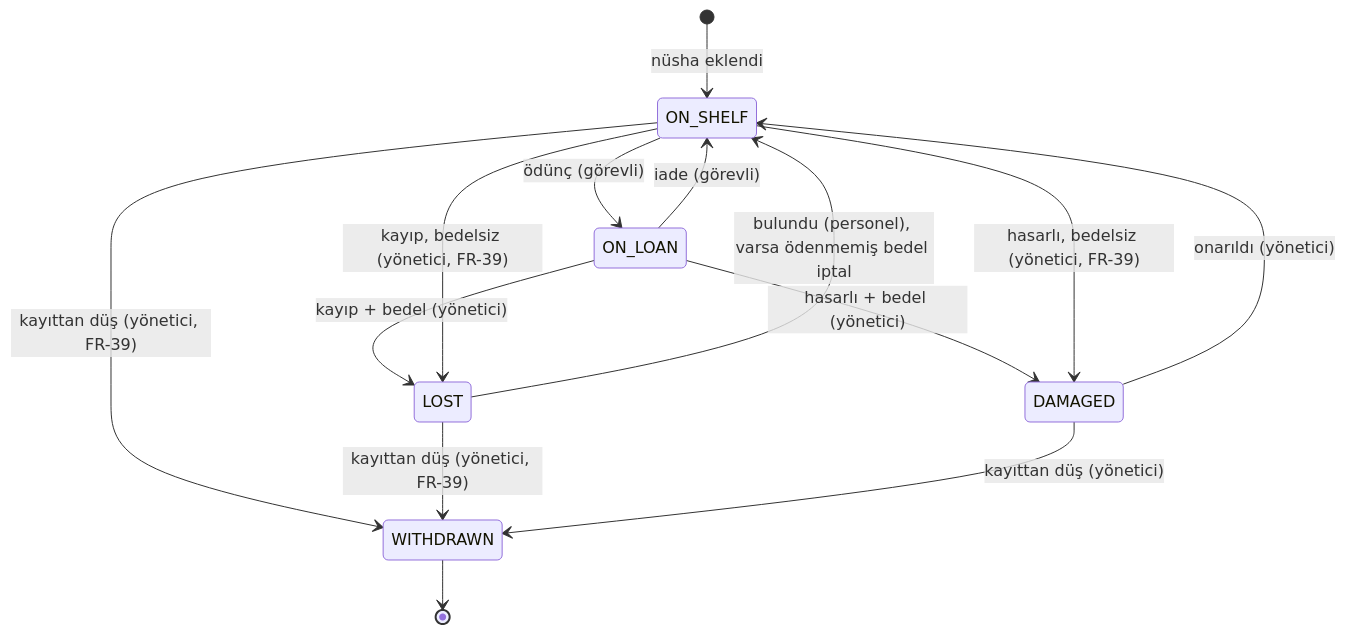
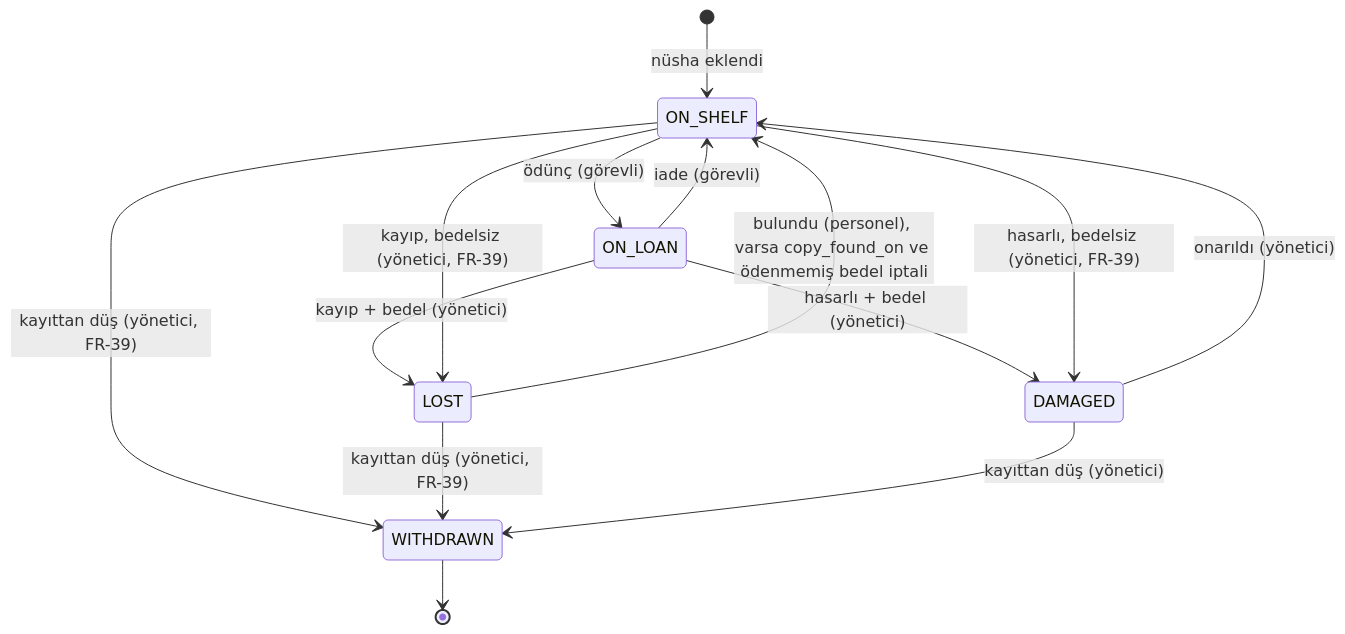
The seventh of 8 diagrams in docs/architecture.md (mhmtmndrn/kutuphane-odunc-sistemi), drawn with Mermaid before and after one commit. The commit also changed other lines of this file and 19 other files, not shown here.

````diff
--- a/docs/architecture.md
+++ b/docs/architecture.md
@@ -203,16 +209,16 @@
 ```mermaid
 stateDiagram-v2
   [*] --> ON_SHELF: nüsha eklendi
   ON_SHELF --> ON_LOAN: ödünç (görevli)
   ON_LOAN --> ON_SHELF: iade (görevli)
   ON_LOAN --> LOST: kayıp + bedel (yönetici)
   ON_LOAN --> DAMAGED: hasarlı + bedel (yönetici)
   ON_SHELF --> LOST: kayıp, bedelsiz (yönetici, FR-39)
   ON_SHELF --> DAMAGED: hasarlı, bedelsiz (yönetici, FR-39)
   ON_SHELF --> WITHDRAWN: kayıttan düş (yönetici, FR-39)
   LOST --> WITHDRAWN: kayıttan düş (yönetici, FR-39)
-  LOST --> ON_SHELF: bulundu (personel), varsa ödenmemiş bedel iptal
+  LOST --> ON_SHELF: bulundu (personel), varsa copy_found_on ve ödenmemiş bedel iptali
   DAMAGED --> ON_SHELF: onarıldı (yönetici)
   DAMAGED --> WITHDRAWN: kayıttan düş (yönetici)
   WITHDRAWN --> [*]
 ```
````
